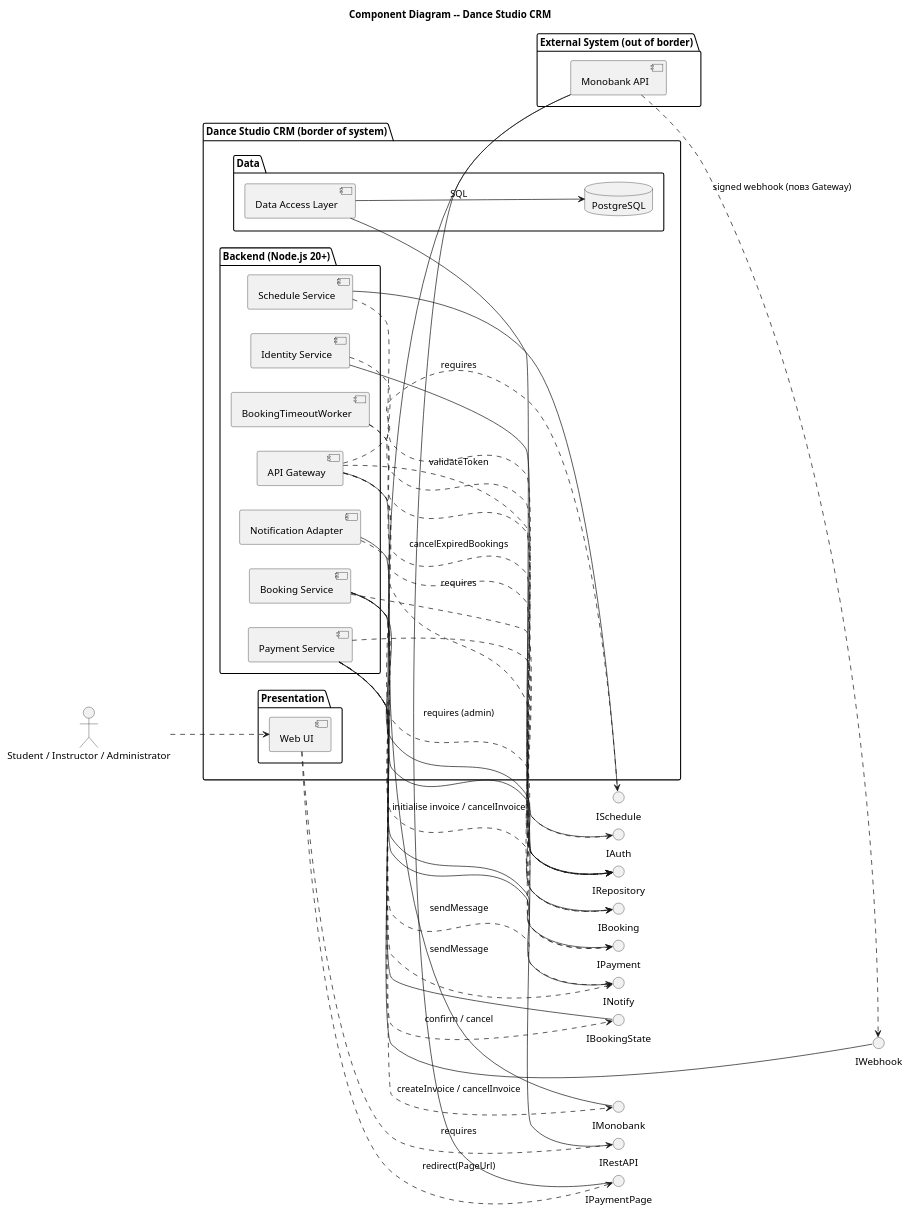
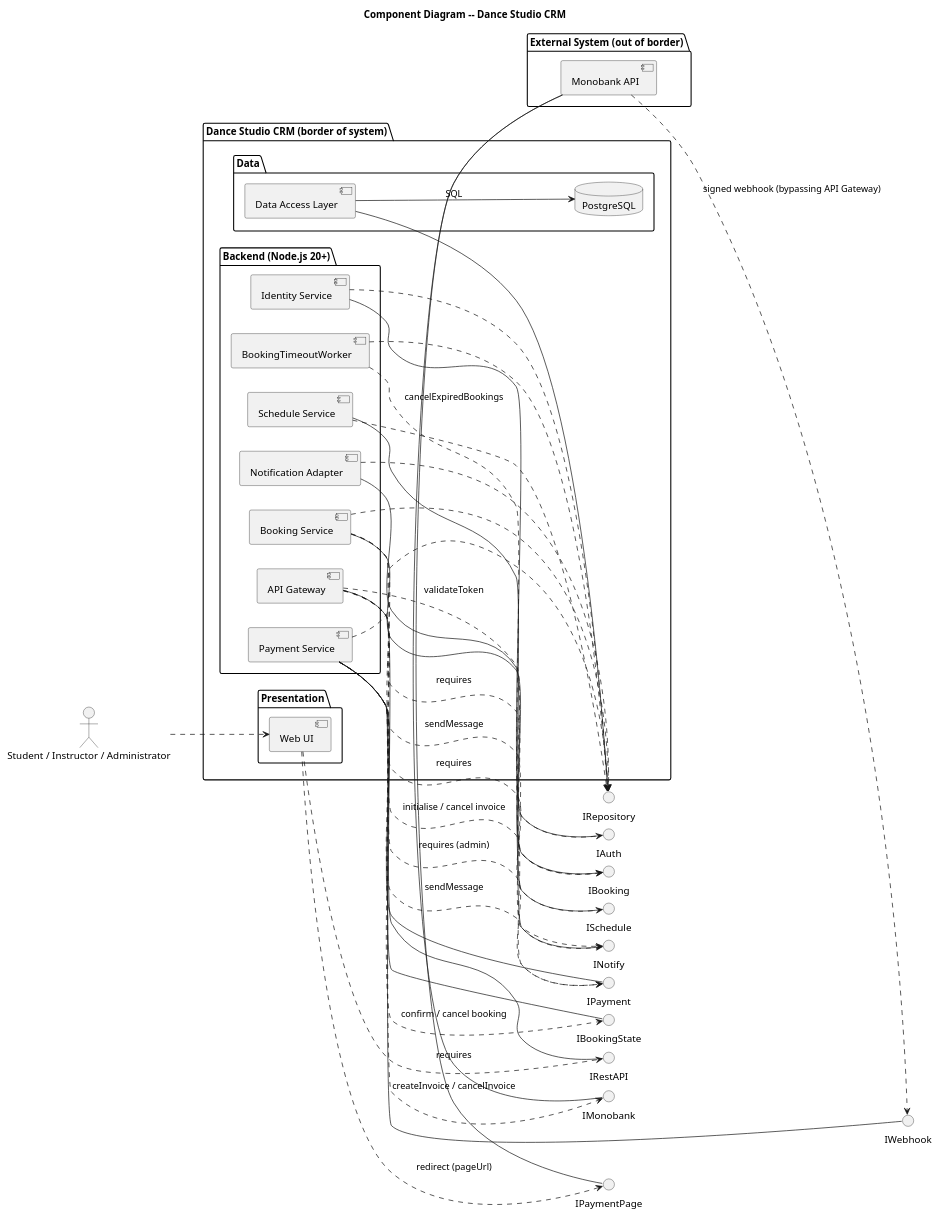
The diagram in lab5/architecture.puml (prashchukdanylo-stack/software-requirements-modeling-and-analysis), drawn with PlantUML before and after one commit.

Commit message:
1 mismatch is fixed.

```diff
--- a/lab5/architecture.puml
+++ b/lab5/architecture.puml
@@ -1,76 +1,77 @@
 @startuml
 left to right direction
 
 title Component Diagram -- Dance Studio CRM
 actor "Student / Instructor / Administrator" as Actors
 
 package "Dance Studio CRM (border of system)" {
-package "Presentation" {
-component "Web UI" as WebUI
+  package "Presentation" {
+    component "Web UI" as WebUI
+  }
+
+  package "Backend (Node.js 20+)" {
+    component "API Gateway" as Api
+    component "Identity Service" as Idn
+    component "Schedule Service" as Sch
+    component "Booking Service" as Book
+    component "Payment Service" as Pay
+    component "BookingTimeoutWorker" as Wrk
+    component "Notification Adapter" as Notif
+  }
+
+  package "Data" {
+    component "Data Access Layer" as DAL
+    database "PostgreSQL" as DB
+  }
 }
 
-package "Backend (Node.js 20+)" {
-component "API Gateway" as Api
-component "Identity Service" as Idn
-component "Schedule Service" as Sch
-component "Booking Service" as Book
-component "Payment Service" as Pay
-component "BookingTimeoutWorker" as Wrk
-component "Notification Adapter" as Notif
-}
-
-package "Data" {
-component "Data Access Layer" as DAL
-database "PostgreSQL" as DB
-}
-}
 package "External System (out of border)" {
-component "Monobank API" as Mono
+  component "Monobank API" as Mono
 }
 
 () "IRestAPI" as IRestAPI
 () "IAuth" as IAuth
 () "ISchedule" as ISchedule
 () "IBooking" as IBooking
 () "IBookingState" as IBookingState
 () "IPayment" as IPayment
 () "IWebhook" as IWebhook
 () "INotify" as INotify
 () "IRepository" as IRepository
 () "IMonobank" as IMonobank
 () "IPaymentPage" as IPaymentPage
 
 Api - IRestAPI
 Idn - IAuth
 Sch - ISchedule
 Book - IBooking
-Book - IBookingState
+Pay - IBookingState
 Pay - IPayment
 Pay - IWebhook
 Notif - INotify
 DAL - IRepository
 Mono - IMonobank
 Mono - IPaymentPage
 
 Actors ..> WebUI
 WebUI ..> IRestAPI : requires
-WebUI ..> IPaymentPage : redirect(PageUrl)
-Api ..> IAuth: validateToken
+WebUI ..> IPaymentPage : redirect (pageUrl)
+Api ..> IAuth : validateToken
 Api ..> ISchedule : requires
 Api ..> IBooking : requires
 Api ..> IPayment : requires (admin)
-Book ..> IPayment : initialise invoice / cancelInvoice
-Pay ..> IBookingState : confirm / cancel
+Book ..> IPayment : initialise / cancel invoice
+Pay ..> IBookingState : confirm / cancel booking
 Wrk ..> IBooking : cancelExpiredBookings
 Book ..> INotify : sendMessage
 Pay ..> INotify : sendMessage
 Pay ..> IMonobank : createInvoice / cancelInvoice
-Mono ..> IWebhook : signed webhook (повз Gateway)
+Mono ..> IWebhook : signed webhook (bypassing API Gateway)
 Idn ..> IRepository
 Sch ..> IRepository
 Book ..> IRepository
 Pay ..> IRepository
 Wrk ..> IRepository
 Notif ..> IRepository
 DAL --> DB : SQL
 @enduml
```
